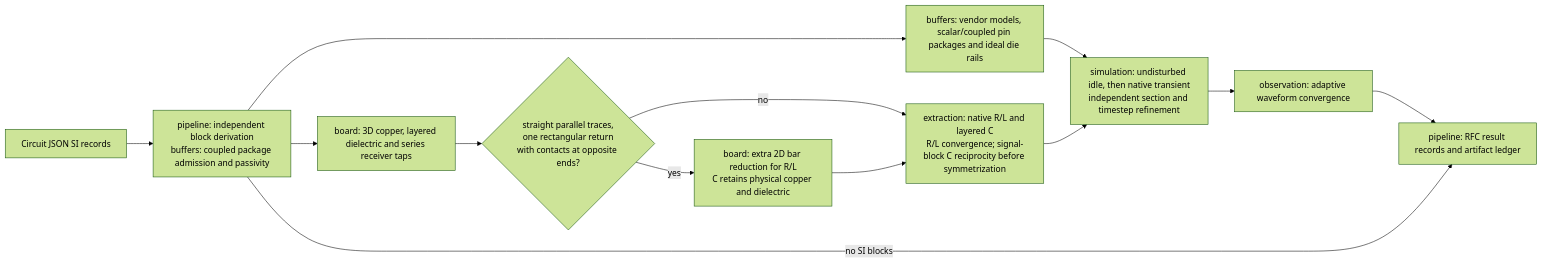
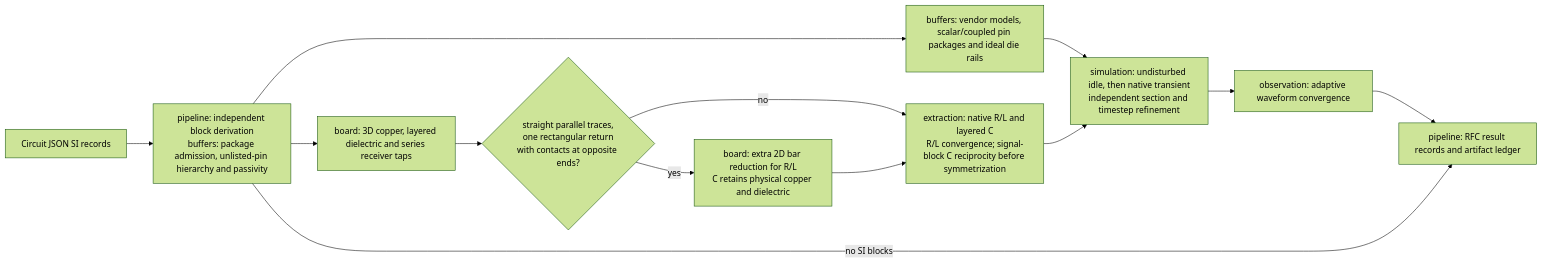
Before and after one commit to tscircuit/pcb-spice-pipeline: the first of 2 diagrams in docs/ARCHITECTURE.md, drawn with Mermaid (forest theme). The commit also changed other lines of this file and 13 other files, not shown here.

Commit message:
fix: apply IBIS hierarchy to pins outside coupled package matrices

````diff
--- a/docs/ARCHITECTURE.md
+++ b/docs/ARCHITECTURE.md
@@ -9,15 +9,15 @@
 ```mermaid
 flowchart LR
-  source["Circuit JSON SI records"] --> derive["pipeline: independent block derivation<br/>buffers: coupled package admission and passivity"]
+  source["Circuit JSON SI records"] --> derive["pipeline: independent block derivation<br/>buffers: package admission, unlisted-pin hierarchy and passivity"]
   derive --> board3d["board: 3D copper, layered dielectric and series receiver taps"]
   board3d --> check{"straight parallel traces,<br/>one rectangular return<br/>with contacts at opposite ends?"}
   check -->|"yes"| bars["board: extra 2D bar reduction for R/L<br/>C retains physical copper and dielectric"]
   check -->|"no"| extract
   bars --> extract["extraction: native R/L and layered C<br/>R/L convergence; signal-block C reciprocity before symmetrization"]
   derive --> buffers["buffers: vendor models, scalar/coupled pin packages and ideal die rails"]
   buffers --> simulate["simulation: undisturbed idle, then native transient<br/>independent section and timestep refinement"]
   extract --> simulate
   simulate --> observe["observation: adaptive waveform convergence"]
   observe --> results["pipeline: RFC result records and artifact ledger"]
   derive -->|"no SI blocks"| results
 ```
````
